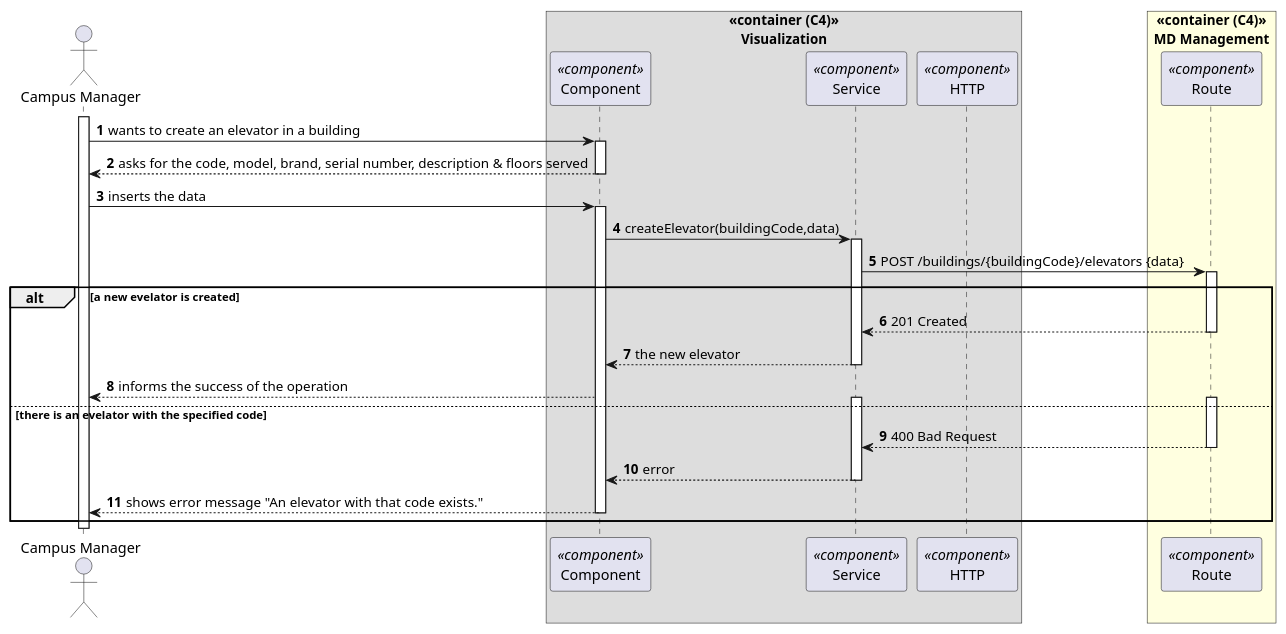
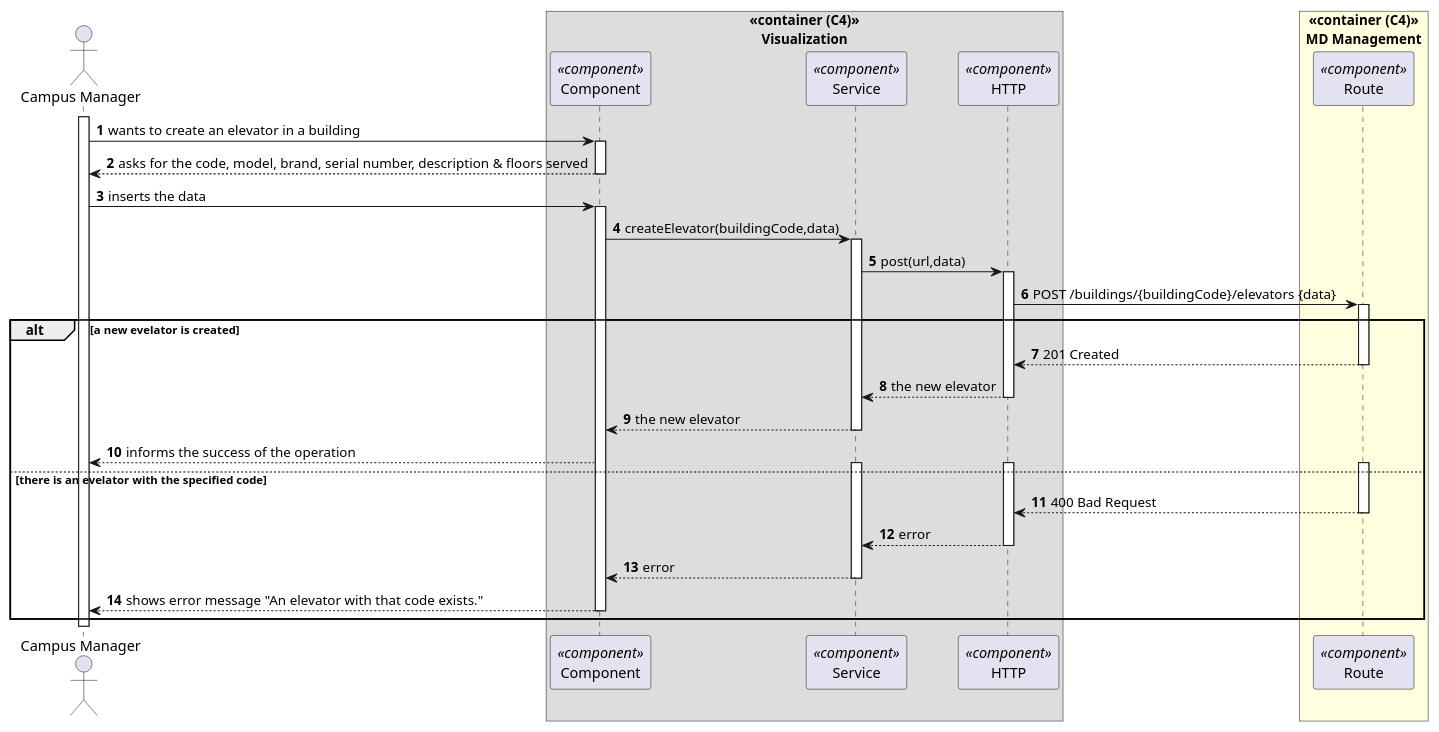
One commit to miseEnPlace-dev/lapr5 changed the diagram in _wiki/sprint-b/us44-1130/views/level-3/process-view.puml. Above: the diagram before and after it, drawn with PlantUML.

Commit message:
docs(us1130): updated level 3 process view

```diff
--- a/_wiki/sprint-b/us44-1130/views/level-3/process-view.puml
+++ b/_wiki/sprint-b/us44-1130/views/level-3/process-view.puml
@@ -1,58 +1,68 @@
 @startuml process-view
 autonumber
 skinparam DefaultTextAlignment<<center>> center
 
 actor CM as "Campus Manager"
 
 box "«container (C4)»\nVisualization" <<center>>
   participant C as "Component" <<component>>
   participant SVC as "Service" <<component>>
   participant H as "HTTP" <<component>>
 end box
 
 box "«container (C4)»\n MD Management " <<center>>#LightYellow
   participant ROUTE as "Route" <<component>>
 end box
 
 activate CM
 
 CM -> C : wants to create an elevator in a building
 activate C
 
 CM <-- C : asks for the code, model, brand, serial number, description & floors served
 deactivate C
 
 CM -> C : inserts the data
 activate C
 
 C -> SVC : createElevator(buildingCode,data)
 activate SVC
 
-SVC -> ROUTE : POST /buildings/{buildingCode}/elevators {data}
+SVC -> H : post(url,data)
+activate H
+
+H -> ROUTE : POST /buildings/{buildingCode}/elevators {data}
 activate ROUTE
 
 alt a new evelator is created
-  SVC <-- ROUTE : 201 Created
+  H <-- ROUTE : 201 Created
   deactivate ROUTE
+
+  SVC <-- H : the new elevator
+  deactivate H
 
   C <-- SVC : the new elevator
   deactivate SVC
 
   CM <-- C : informs the success of the operation
 else there is an evelator with the specified code
+  activate H
   activate SVC
   activate ROUTE
 
-  SVC <-- ROUTE : 400 Bad Request
+  H <-- ROUTE : 400 Bad Request
   deactivate ROUTE
+
+  SVC <-- H : error
+  deactivate H
 
   C <-- SVC : error
   deactivate SVC
 
   CM <-- C : shows error message "An elevator with that code exists."
   deactivate C
 end
 
 deactivate CM
 
 @enduml
```
